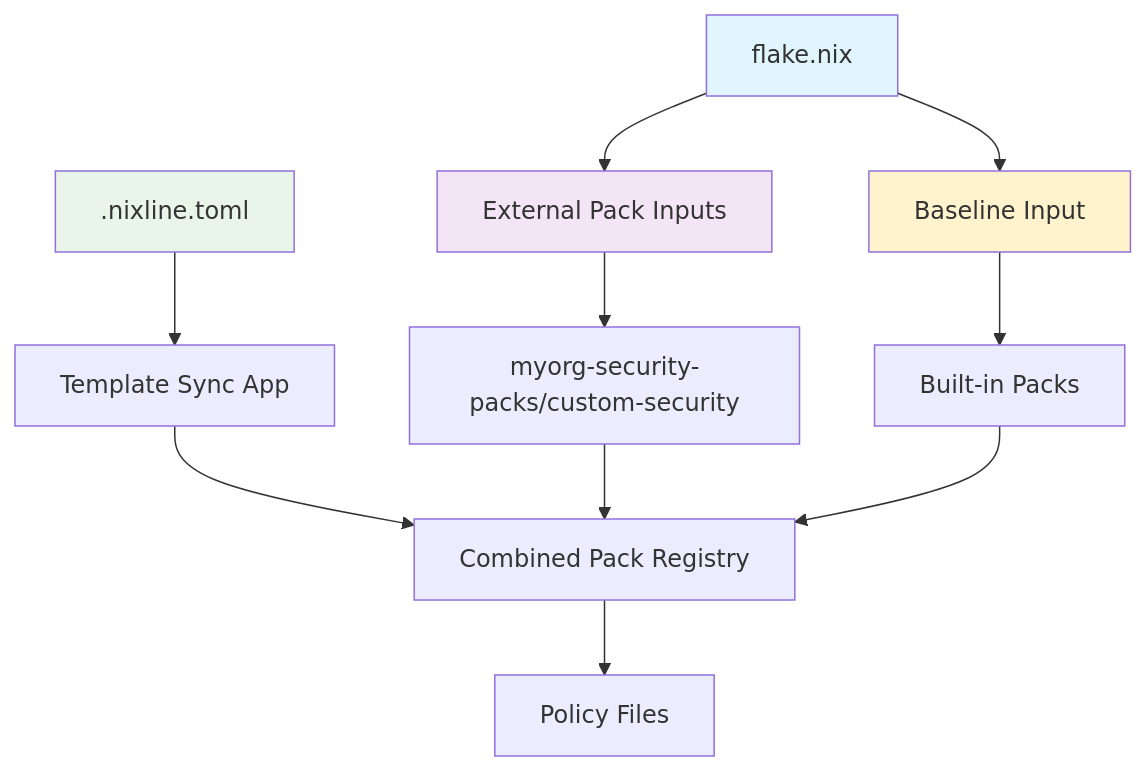
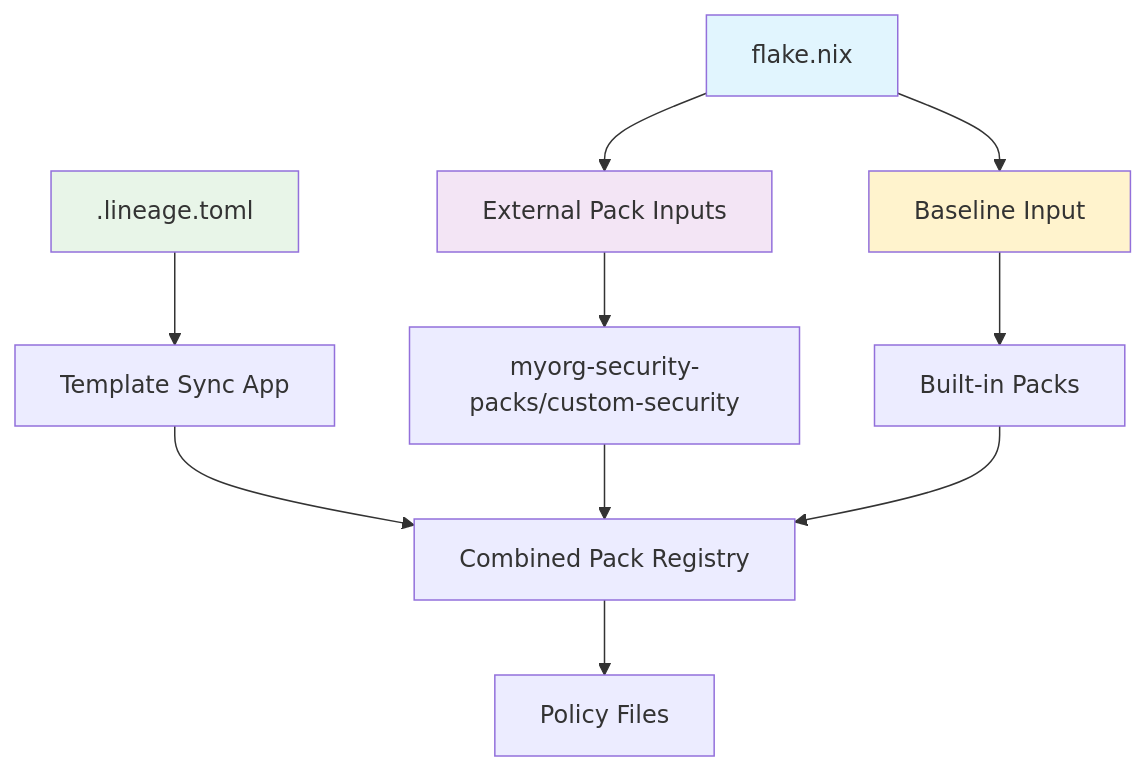
The third of 11 diagrams in README.md (NixLine-org/nixline-baseline), drawn with Mermaid before and after one commit. The commit also changed other lines of this file and 3 other files, not shown here.

````diff
--- a/README.md
+++ b/README.md
@@ -207,21 +207,21 @@
 ```mermaid
 flowchart TD
     A[flake.nix] --> B[External Pack Inputs]
     A --> C[Baseline Input]
 
-    D[.nixline.toml] --> E[Template Sync App]
+    D[.lineage.toml] --> E[Template Sync App]
 
     B --> F[myorg-security-packs/custom-security]
     C --> G[Built-in Packs]
 
     E --> H[Combined Pack Registry]
     F --> H
     G --> H
 
     H --> I[Policy Files]
 
     style A fill:#e1f5fe
     style D fill:#e8f5e8
     style B fill:#f3e5f5
     style C fill:#fff3cd
 ```
````
